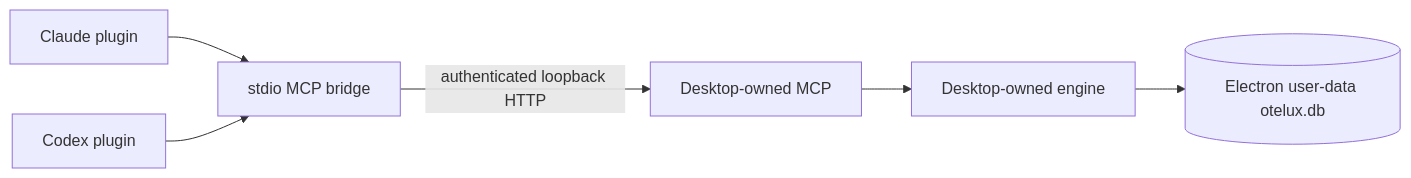
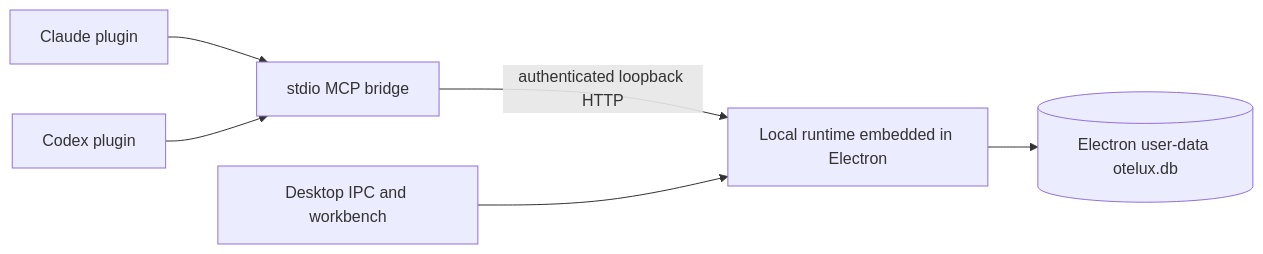
The second of 2 diagrams in docs/arch.md (b1tank/otelux), drawn with Mermaid before and after one commit. The commit also changed other lines of this file and 32 other files, not shown here.

Commit message:
Extract shared local runtime from desktop

````diff
--- a/docs/arch.md
+++ b/docs/arch.md
@@ -203,8 +203,8 @@
 ```mermaid
 flowchart LR
     Claude[Claude plugin] --> Bridge[stdio MCP bridge]
     Codex[Codex plugin] --> Bridge
-    Bridge -->|authenticated loopback HTTP| Desktop[Desktop-owned MCP]
-    Desktop --> Engine[Desktop-owned engine]
-    Engine --> LegacyDB[(Electron user-data otelux.db)]
+    Bridge -->|authenticated loopback HTTP| Runtime[Local runtime embedded in Electron]
+    Desktop[Desktop IPC and workbench] --> Runtime
+    Runtime --> LegacyDB[(Electron user-data otelux.db)]
 ```
````
